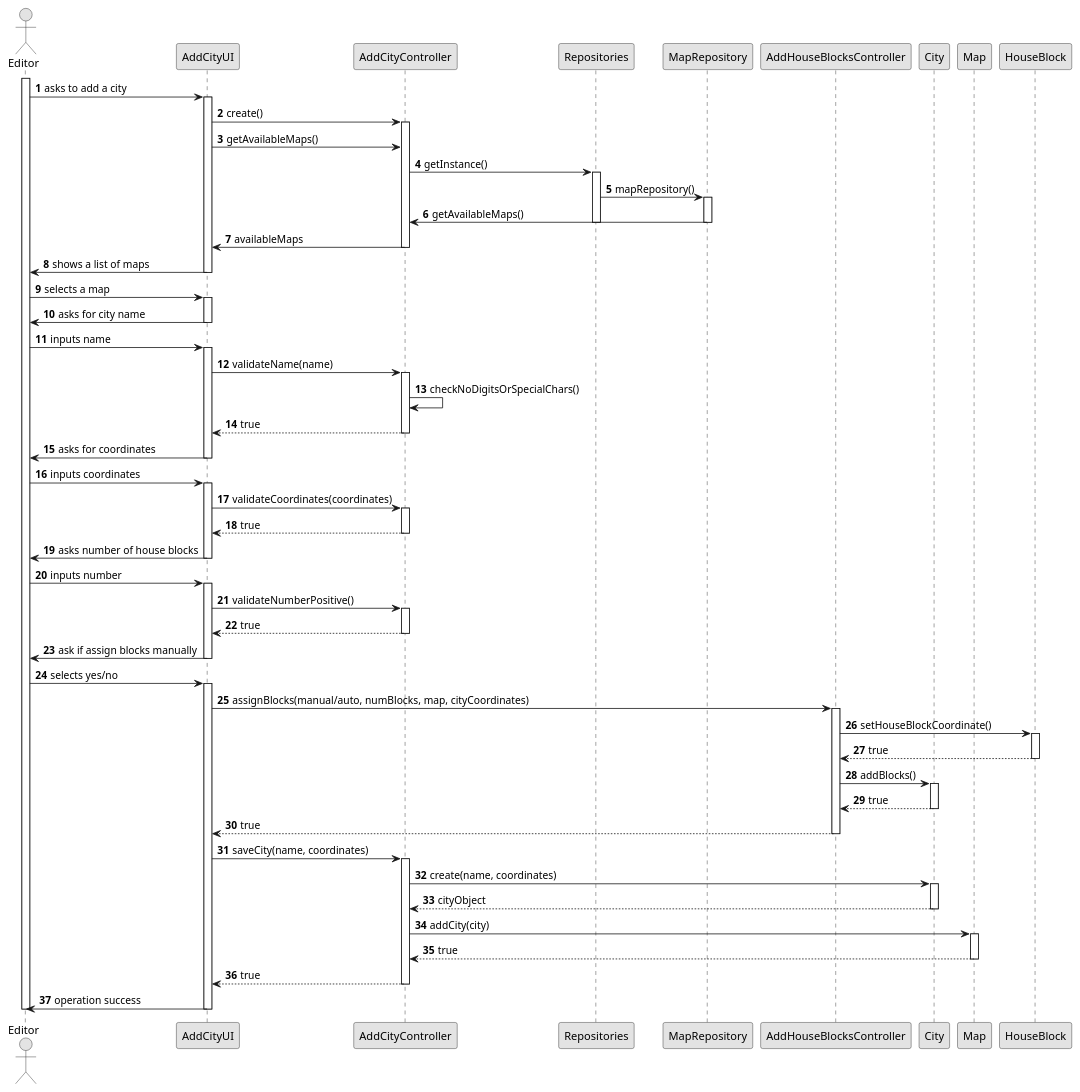
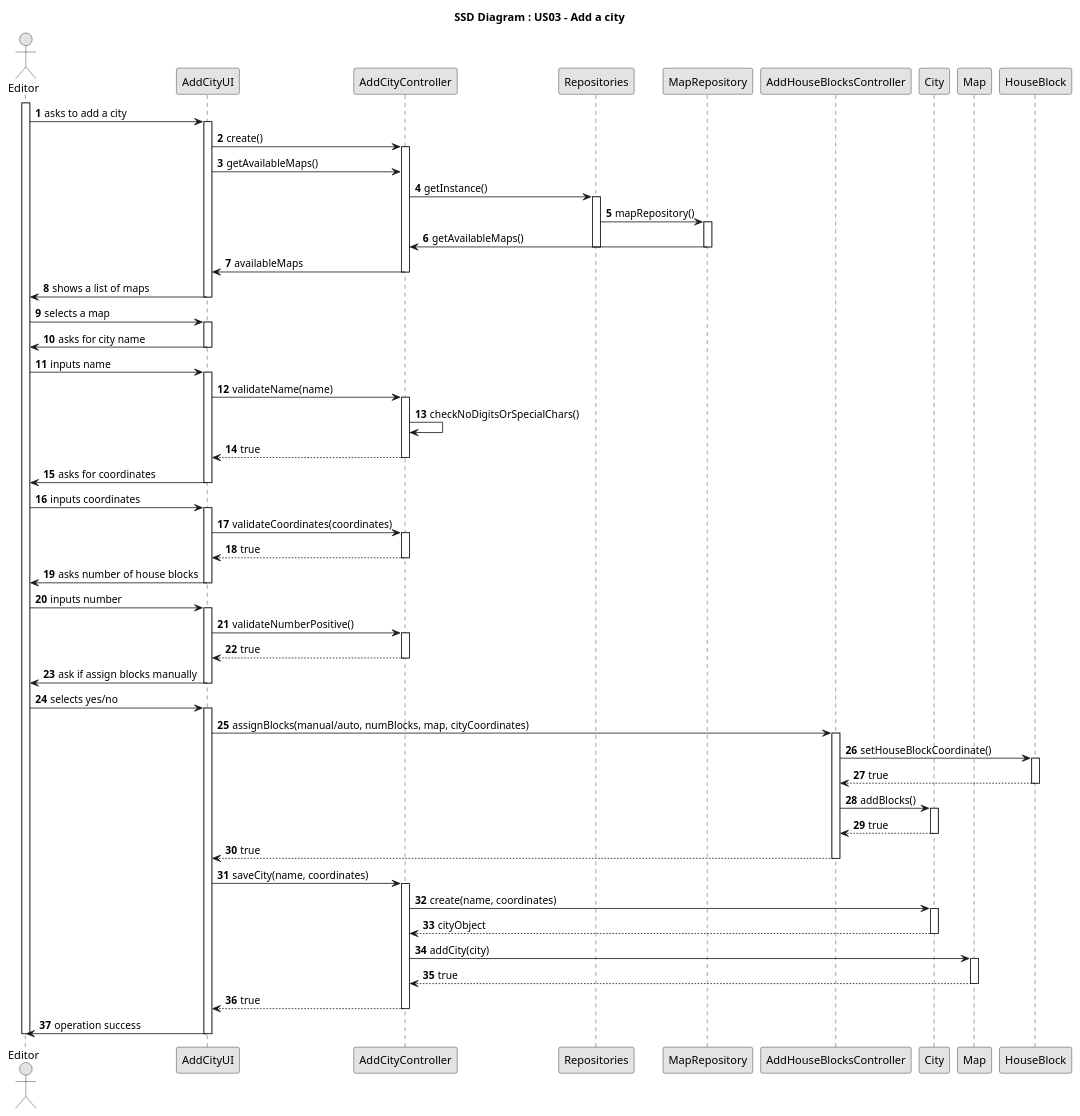
Before and after one commit to HenriqueSilva18/Railway-Network-Simulator: the diagram in docs/system-documentation/Sprint 2/US03/03.design/puml/US003-SD-full.puml, drawn with PlantUML. The commit also changed 2 other files, not shown here.

Commit message:
design Class Diagram Updated #3 #31

```diff
--- a/docs/system-documentation/Sprint 2/US03/03.design/puml/US003-SD-full.puml
+++ b/docs/system-documentation/Sprint 2/US03/03.design/puml/US003-SD-full.puml
@@ -1,100 +1,102 @@
 @startuml
 
 skinparam monochrome true
 skinparam packageStyle rectangle
 skinparam shadowing false
 autonumber
+
+title SSD Diagram : US03 - Add a city
 
 actor Editor
 participant AddCityUI
 participant AddCityController
 participant Repositories
 participant MapRepository
 participant AddHouseBlocksController
 participant City
 participant Map
 participant HouseBlock
 
 activate Editor
 Editor -> AddCityUI : asks to add a city
 activate AddCityUI
 AddCityUI -> AddCityController : create()
 activate AddCityController
 AddCityUI -> AddCityController : getAvailableMaps()
 AddCityController -> Repositories : getInstance()
 activate Repositories
 Repositories -> MapRepository : mapRepository()
 activate MapRepository
 MapRepository -> AddCityController : getAvailableMaps()
 deactivate MapRepository
 deactivate Repositories
 AddCityController -> AddCityUI : availableMaps
 deactivate AddCityController
 AddCityUI -> Editor : shows a list of maps
 deactivate AddCityUI
 
 Editor -> AddCityUI : selects a map
 activate AddCityUI
 
 AddCityUI -> Editor : asks for city name
 deactivate AddCityUI
 Editor -> AddCityUI : inputs name
 activate AddCityUI
 AddCityUI -> AddCityController : validateName(name)
 activate AddCityController
 AddCityController -> AddCityController : checkNoDigitsOrSpecialChars()
 AddCityController --> AddCityUI : true
 deactivate AddCityController
 
 AddCityUI -> Editor : asks for coordinates
 deactivate AddCityUI
 Editor -> AddCityUI : inputs coordinates
 activate AddCityUI
 AddCityUI -> AddCityController : validateCoordinates(coordinates)
 activate AddCityController
 AddCityController --> AddCityUI : true
 deactivate AddCityController
 AddCityUI -> Editor : asks number of house blocks
 deactivate AddCityUI
 Editor -> AddCityUI : inputs number
 activate AddCityUI
 AddCityUI -> AddCityController : validateNumberPositive()
 activate AddCityController
 AddCityController --> AddCityUI : true
 deactivate AddCityController
 
 AddCityUI -> Editor : ask if assign blocks manually
 deactivate AddCityUI
 Editor -> AddCityUI : selects yes/no
 activate AddCityUI
 AddCityUI -> AddHouseBlocksController : assignBlocks(manual/auto, numBlocks, map, cityCoordinates)
 activate AddHouseBlocksController
 AddHouseBlocksController -> HouseBlock : setHouseBlockCoordinate()
 activate HouseBlock
 HouseBlock --> AddHouseBlocksController : true
 deactivate HouseBlock
 AddHouseBlocksController -> City : addBlocks()
 activate City
 City --> AddHouseBlocksController : true
 deactivate City
 AddHouseBlocksController --> AddCityUI : true
 deactivate AddHouseBlocksController
 
 AddCityUI -> AddCityController : saveCity(name, coordinates)
 activate AddCityController
 AddCityController -> City : create(name, coordinates)
 activate City
 City --> AddCityController : cityObject
 deactivate City
 AddCityController -> Map : addCity(city)
 activate Map
 Map --> AddCityController : true
 deactivate Map
 AddCityController --> AddCityUI : true
 deactivate AddCityController
 
 AddCityUI -> Editor : operation success
 deactivate AddCityUI
 deactivate Editor
 
 @enduml
```
